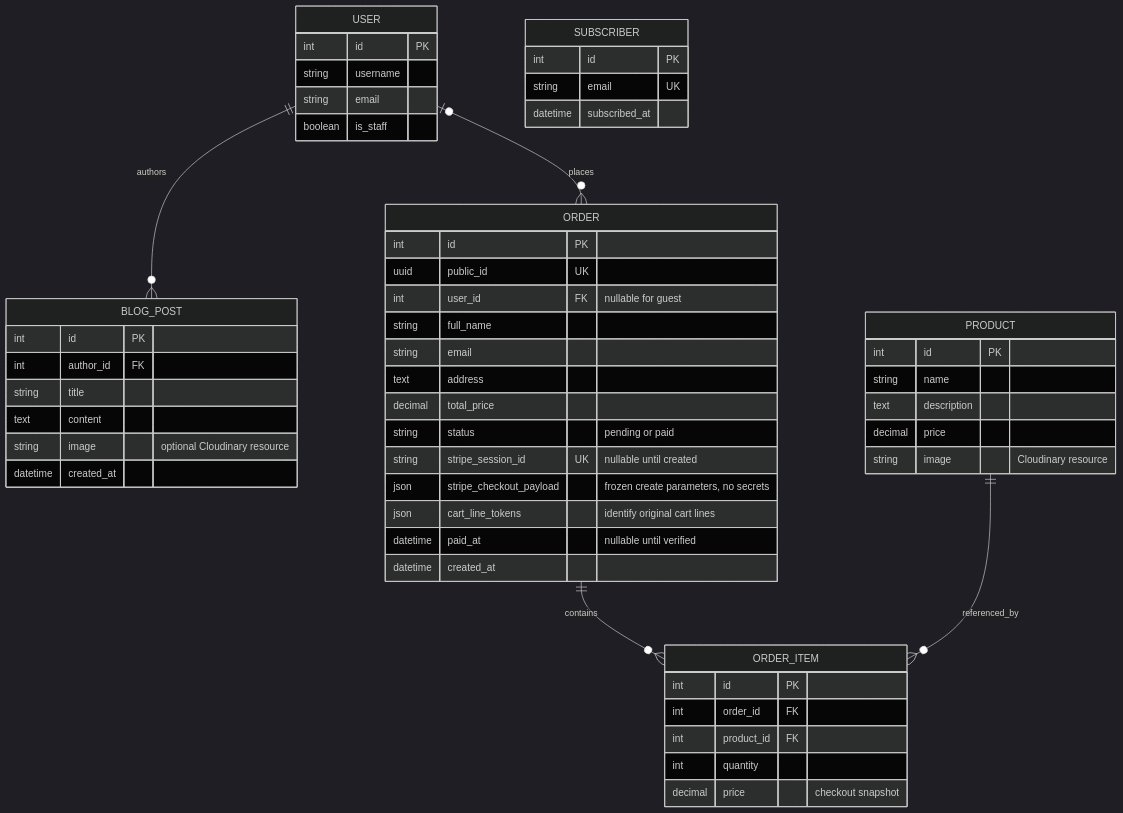
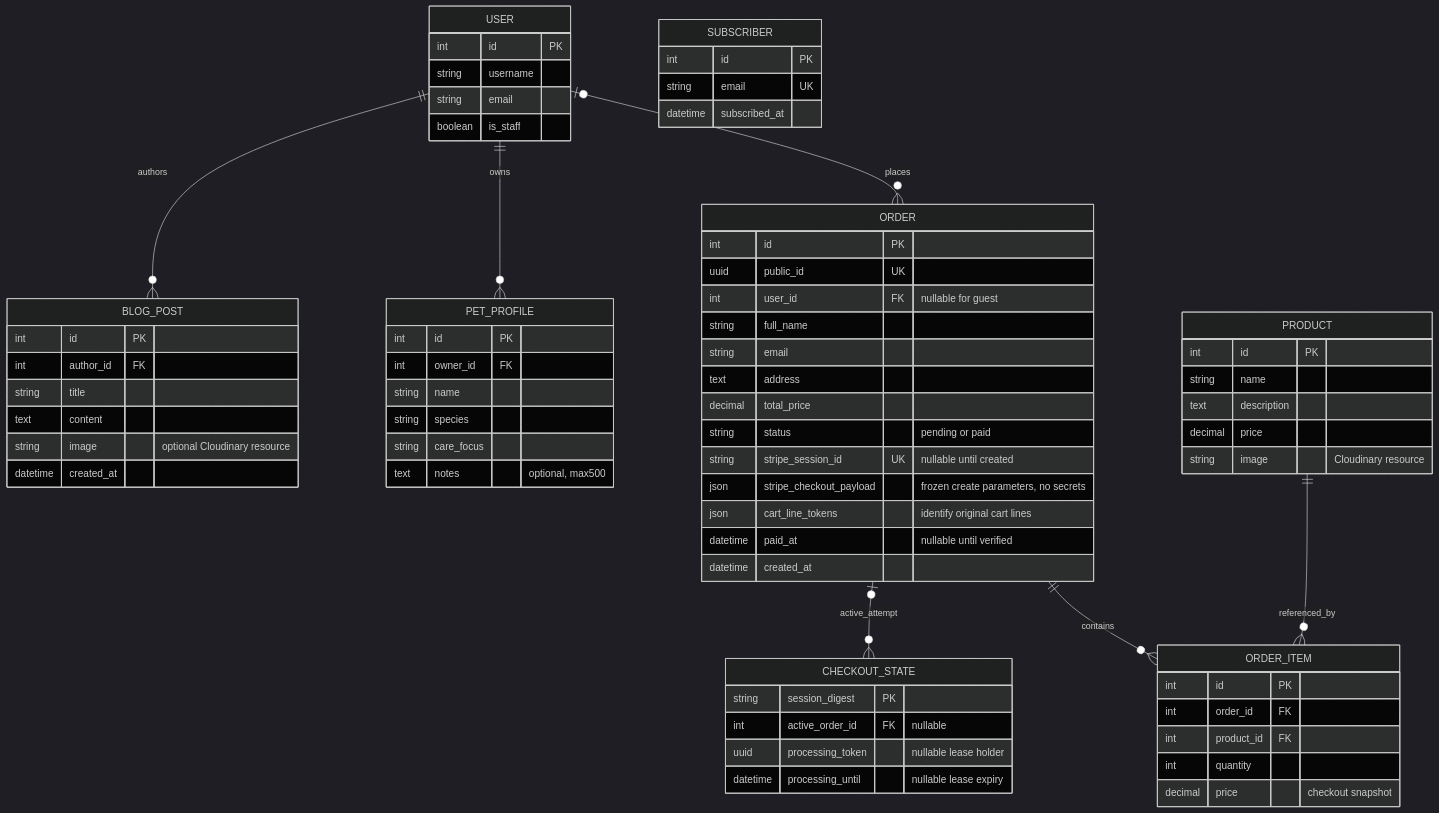
The diagram in docs/MODELS.md (bobes81/Petwell), drawn with Mermaid (dark theme) before and after one commit. The commit also changed other lines of this file and 83 other files, not shown here.

Commit message:
Complete pet profile CRUD, checkout coordination and PP5 evidence

````diff
--- a/docs/MODELS.md
+++ b/docs/MODELS.md
@@ -5,55 +5,71 @@
 ```mermaid
 erDiagram
     USER ||--o{ BLOG_POST : authors
+    USER ||--o{ PET_PROFILE : owns
+    ORDER o|--o{ CHECKOUT_STATE : active_attempt
     USER o|--o{ ORDER : places
     ORDER ||--o{ ORDER_ITEM : contains
     PRODUCT ||--o{ ORDER_ITEM : referenced_by
     USER {
         int id PK
         string username
         string email
         boolean is_staff
+    }
+    PET_PROFILE {
+        int id PK
+        int owner_id FK
+        string name
+        string species
+        string care_focus
+        text notes "optional, max500"
+    }
+    CHECKOUT_STATE {
+        string session_digest PK
+        int active_order_id FK "nullable"
+        uuid processing_token "nullable lease holder"
+        datetime processing_until "nullable lease expiry"
     }
     PRODUCT {
         int id PK
         string name
         text description
         decimal price
         string image "Cloudinary resource"
     }
     BLOG_POST {
         int id PK
         int author_id FK
         string title
         text content
         string image "optional Cloudinary resource"
         datetime created_at
     }
     ORDER {
         int id PK
         uuid public_id UK
         int user_id FK "nullable for guest"
         string full_name
         string email
         text address
         decimal total_price
         string status "pending or paid"
         string stripe_session_id UK "nullable until created"
         json stripe_checkout_payload "frozen create parameters, no secrets"
         json cart_line_tokens "identify original cart lines"
         datetime paid_at "nullable until verified"
         datetime created_at
     }
     ORDER_ITEM {
         int id PK
         int order_id FK
         int product_id FK
         int quantity
         decimal price "checkout snapshot"
     }
     SUBSCRIBER {
         int id PK
         string email UK
         datetime subscribed_at
     }
 ```
````
